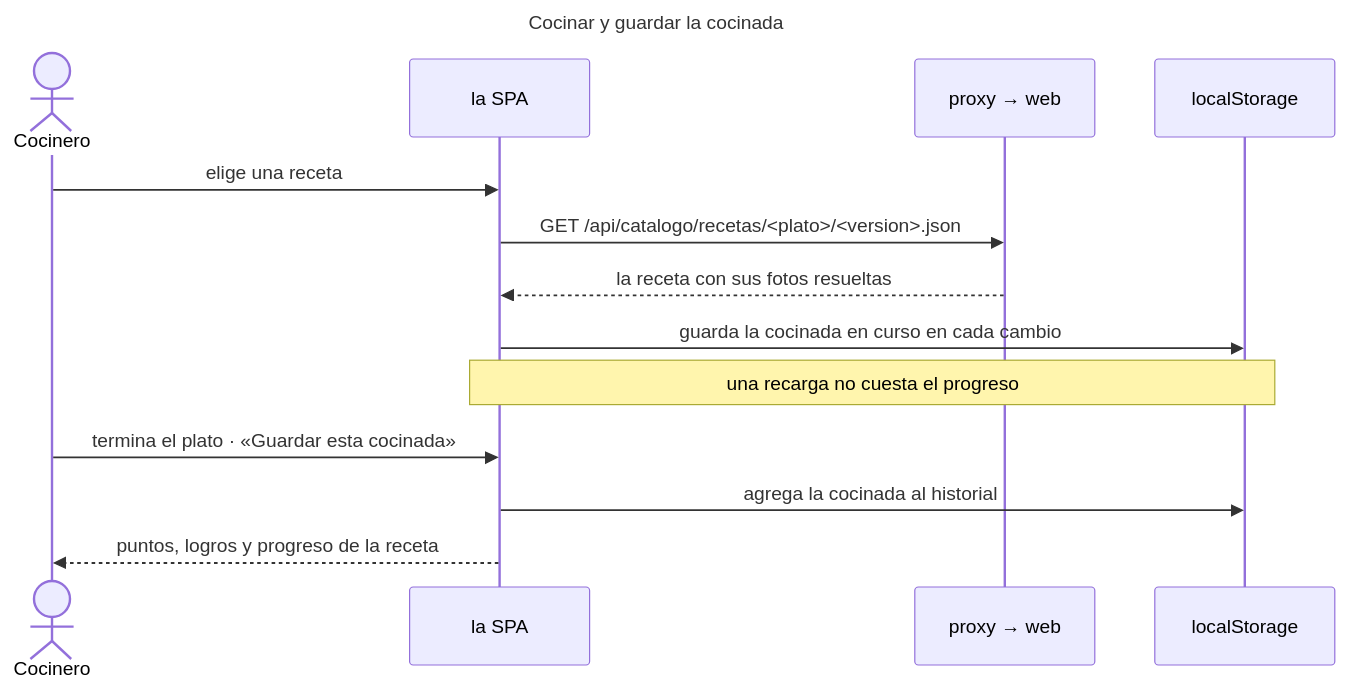
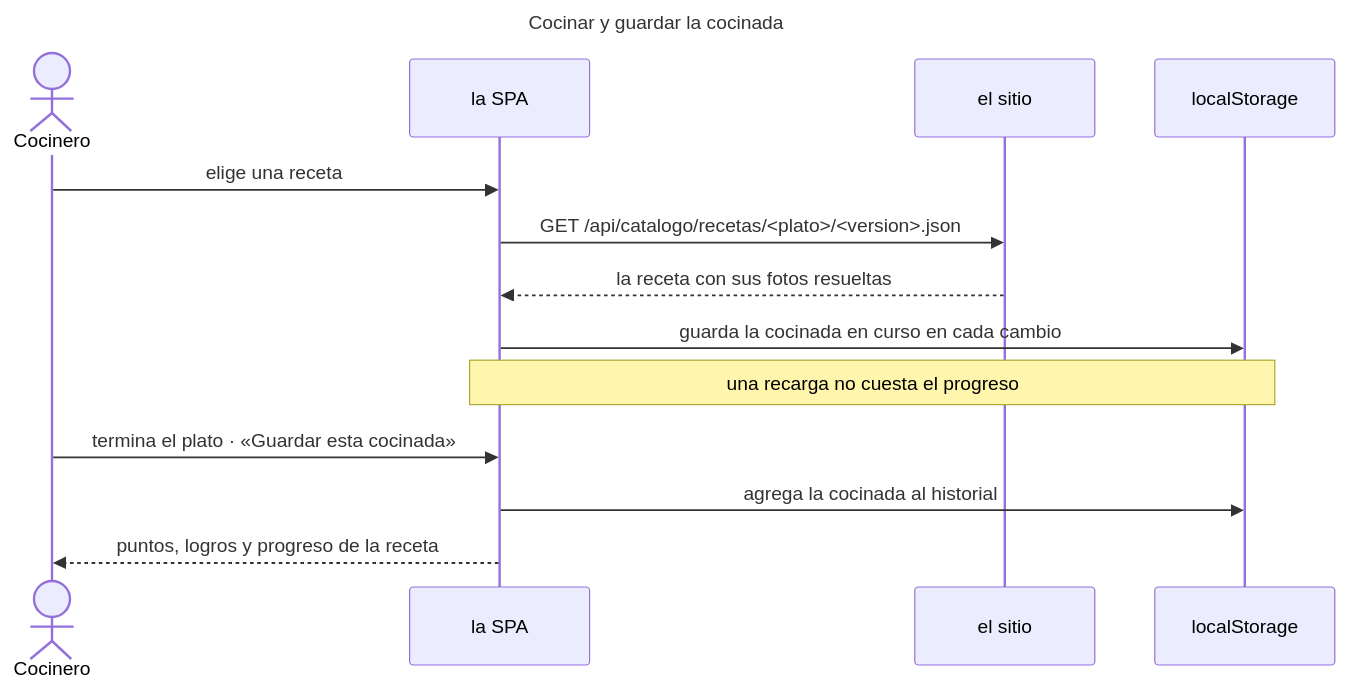
Before and after one commit to carlos-illobre/cocinadas: the third of 4 diagrams in docs/ARCHITECTURE.md, drawn with Mermaid. The commit also changed other lines of this file and 22 other files, not shown here.

````diff
--- a/docs/ARCHITECTURE.md
+++ b/docs/ARCHITECTURE.md
@@ -105,16 +94,16 @@
 ```mermaid
 sequenceDiagram
   title Cocinar y guardar la cocinada
   actor C as Cocinero
   participant F as la SPA
-  participant W as proxy → web
+  participant W as el sitio
   participant L as localStorage
   C->>F: elige una receta
   F->>W: GET /api/catalogo/recetas/<plato>/<version>.json
   W-->>F: la receta con sus fotos resueltas
   F->>L: guarda la cocinada en curso en cada cambio
   Note over F,L: una recarga no cuesta el progreso
   C->>F: termina el plato · «Guardar esta cocinada»
   F->>L: agrega la cocinada al historial
   F-->>C: puntos, logros y progreso de la receta
 ```
````
